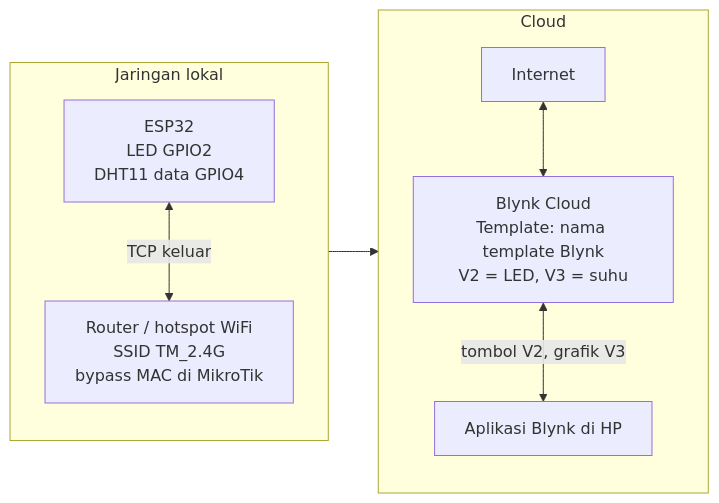
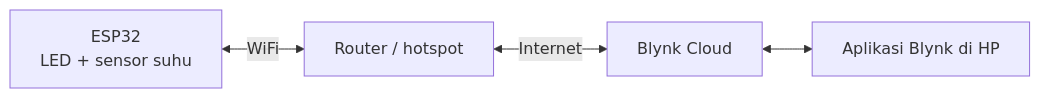
Before and after one commit to milanalfandiismail/IoT: the diagram in docs/diagrams/block-diagram-blynk.md, drawn with Mermaid. The commit also changed other lines of this file and 5 other files, not shown here.

Commit message:
docs: sederhanakan block diagram dan flowchart Blynk

````diff
--- a/docs/diagrams/block-diagram-blynk.md
+++ b/docs/diagrams/block-diagram-blynk.md
@@ -5,18 +3,6 @@
 ```mermaid
 flowchart LR
-    subgraph LOKAL["Jaringan lokal"]
-        direction TB
-        ESP["ESP32<br/>LED GPIO2<br/>DHT11 data GPIO4"]
-        RT["Router / hotspot WiFi<br/>SSID TM_2.4G<br/>bypass MAC di MikroTik"]
-    end
-    subgraph CLOUD["Cloud"]
-        direction TB
-        NET["Internet"]
-        BL["Blynk Cloud<br/>Template: nama template Blynk<br/>V2 = LED, V3 = suhu"]
-        APP["Aplikasi Blynk di HP"]
-    end
-    ESP <-->|"TCP keluar"| RT
-    RT --> NET
-    NET <--> BL
-    BL <-->|"tombol V2, grafik V3"| APP
+    ESP["ESP32<br/>LED + sensor suhu"] <-->|"WiFi"| RT["Router / hotspot"]
+    RT <-->|"Internet"| BL["Blynk Cloud"]
+    BL <--> APP["Aplikasi Blynk di HP"]
 ```
````
